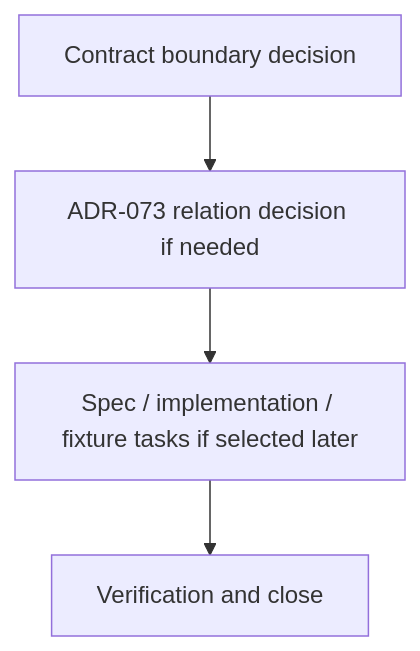
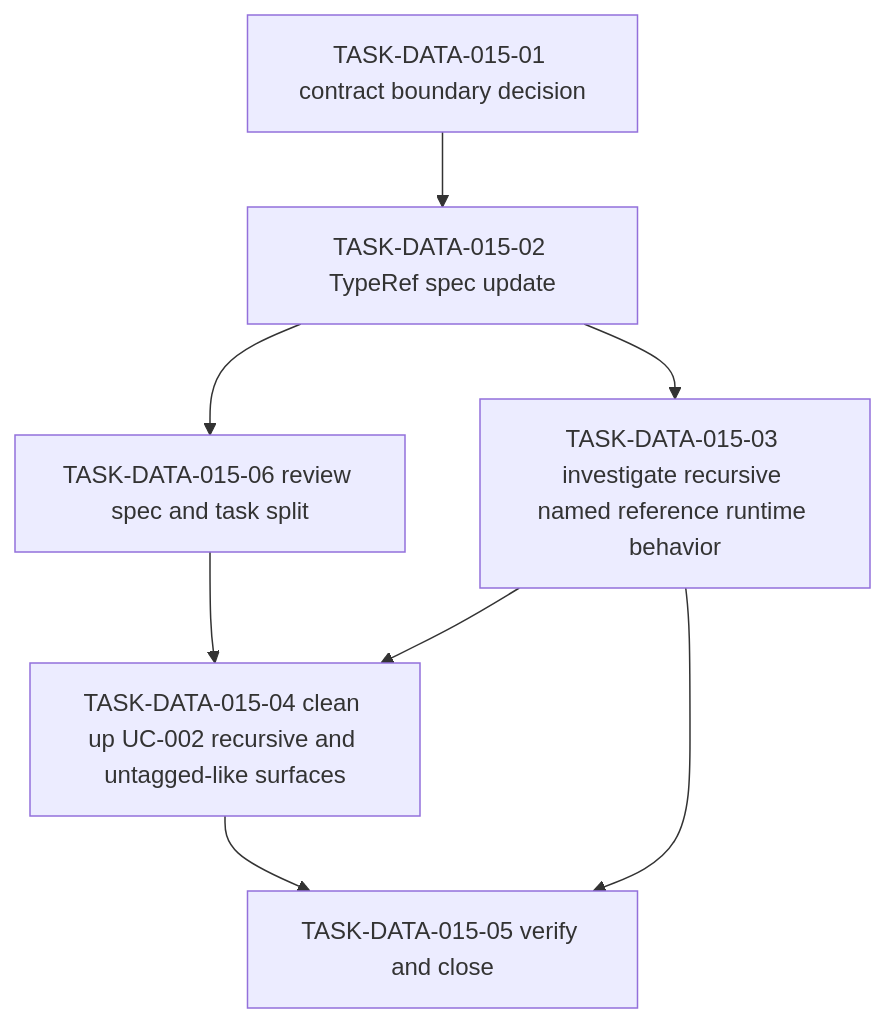
Before and after one commit to hiroshiasayadev-prog/brewprint: the diagram in docs/work-items/data/WORK-DATA-015-recursive-and-untagged-union-representation.md, drawn with Mermaid. The commit also changed other lines of this file and 7 other files, not shown here.

Commit message:
docs(data): define recursive reference boundary

````diff
--- a/docs/work-items/data/WORK-DATA-015-recursive-and-untagged-union-representation.md
+++ b/docs/work-items/data/WORK-DATA-015-recursive-and-untagged-union-representation.md
@@ -57,8 +61,16 @@
 ```mermaid
 flowchart TD
-  T1["Contract boundary decision"]
-  T2["ADR-073 relation decision if needed"]
-  T3["Spec / implementation / fixture tasks if selected later"]
-  T4["Verification and close"]
-  T1 --> T2 --> T3 --> T4
+  T1["TASK-DATA-015-01 contract boundary decision"]
+  T2["TASK-DATA-015-02 TypeRef spec update"]
+  T6["TASK-DATA-015-06 review spec and task split"]
+  T3["TASK-DATA-015-03 investigate recursive named reference runtime behavior"]
+  T4["TASK-DATA-015-04 clean up UC-002 recursive and untagged-like surfaces"]
+  T5["TASK-DATA-015-05 verify and close"]
+  T1 --> T2
+  T2 --> T6
+  T2 --> T3
+  T6 --> T4
+  T3 --> T4
+  T3 --> T5
+  T4 --> T5
 ```
````
